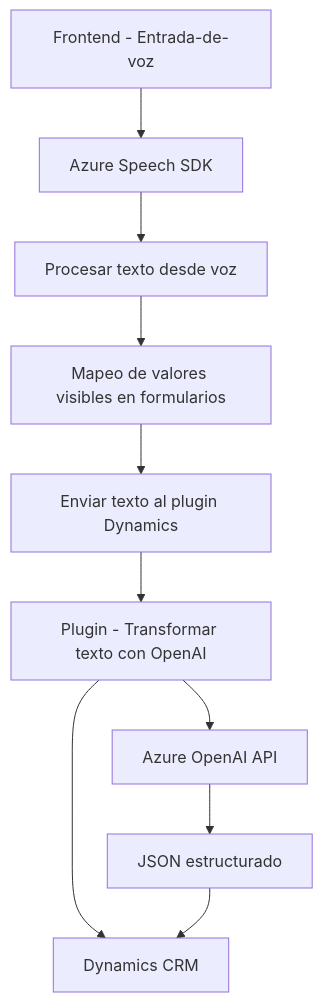
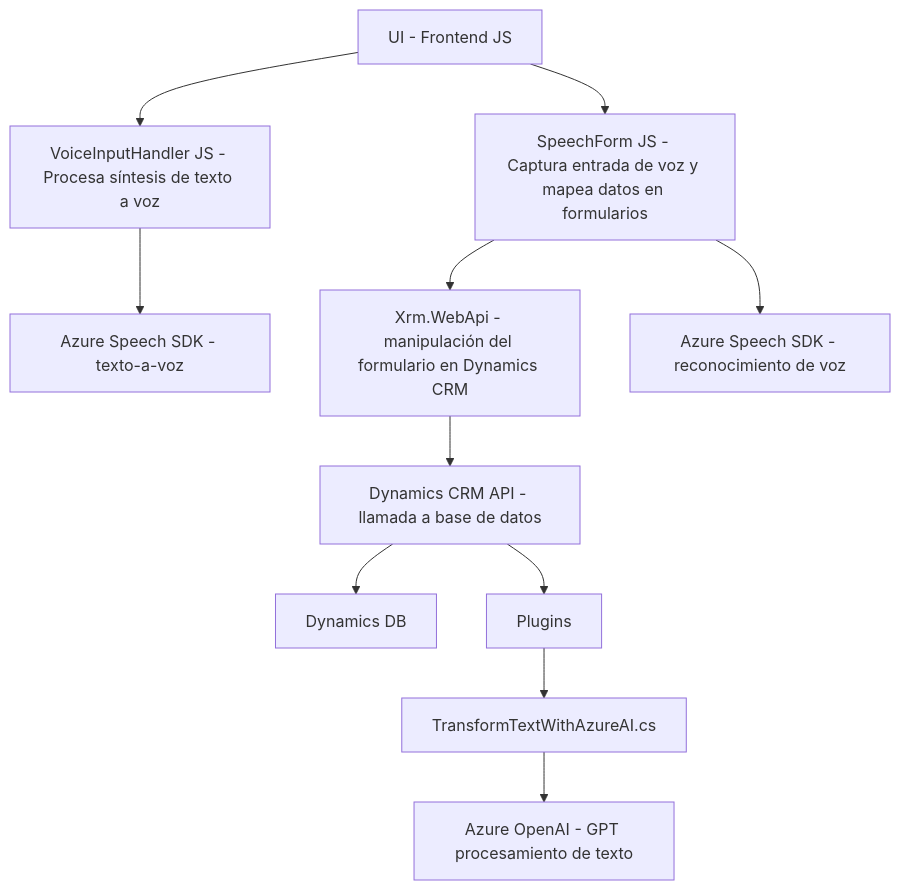
The diagram in README.md (blopezdm/NETCORE_BILBAO2025), drawn with Mermaid before and after one commit. The commit also changed other lines of this file, not shown here.

Commit message:
Actualizar análisis global de la solución con IA

````diff
--- a/README.md
+++ b/README.md
@@ -60,14 +49,13 @@
 ```mermaid
 graph TD
-    A["Frontend - Entrada-de-voz"] --> B["Azure Speech SDK"]
-    B --> C["Procesar texto desde voz"]
-    C --> D["Mapeo de valores visibles en formularios"]
-    D --> E["Enviar texto al plugin Dynamics"]
-
-    E --> F["Plugin - Transformar texto con OpenAI"]
-    F --> G["Azure OpenAI API"]
-    F --> H["Dynamics CRM"]
-
-    G --> I["JSON estructurado"]
-    I --> H
+A["UI - Frontend JS"] --> B["VoiceInputHandler JS - Procesa síntesis de texto a voz"]
+A --> C["SpeechForm JS - Captura entrada de voz y mapea datos en formularios"]
+B --> D["Azure Speech SDK - texto-a-voz"]
+C --> E["Xrm.WebApi - manipulación del formulario en Dynamics CRM"]
+C --> F["Azure Speech SDK - reconocimiento de voz"]
+E --> G["Dynamics CRM API - llamada a base de datos"]
+G --> H["Dynamics DB"]
+G --> I["Plugins"]
+I --> J["TransformTextWithAzureAI.cs"]
+J --> K["Azure OpenAI - GPT procesamiento de texto"]
 ```
````
